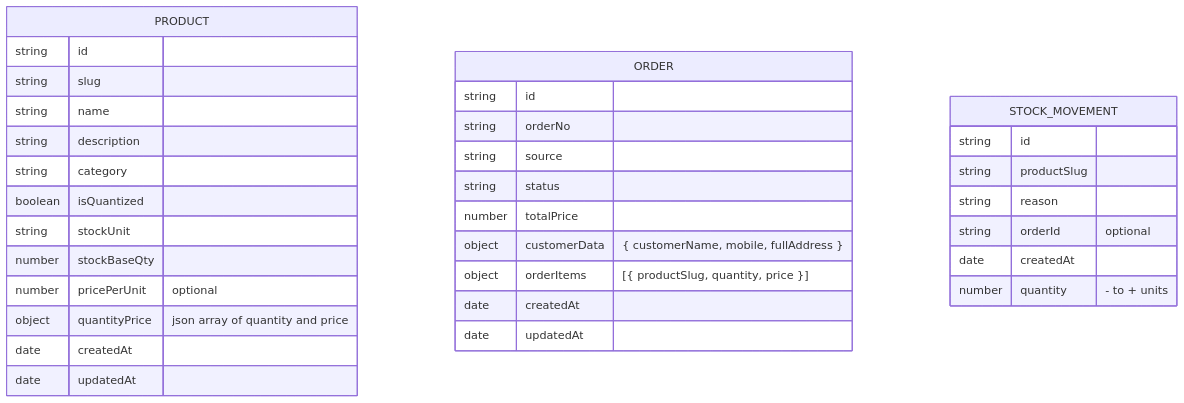
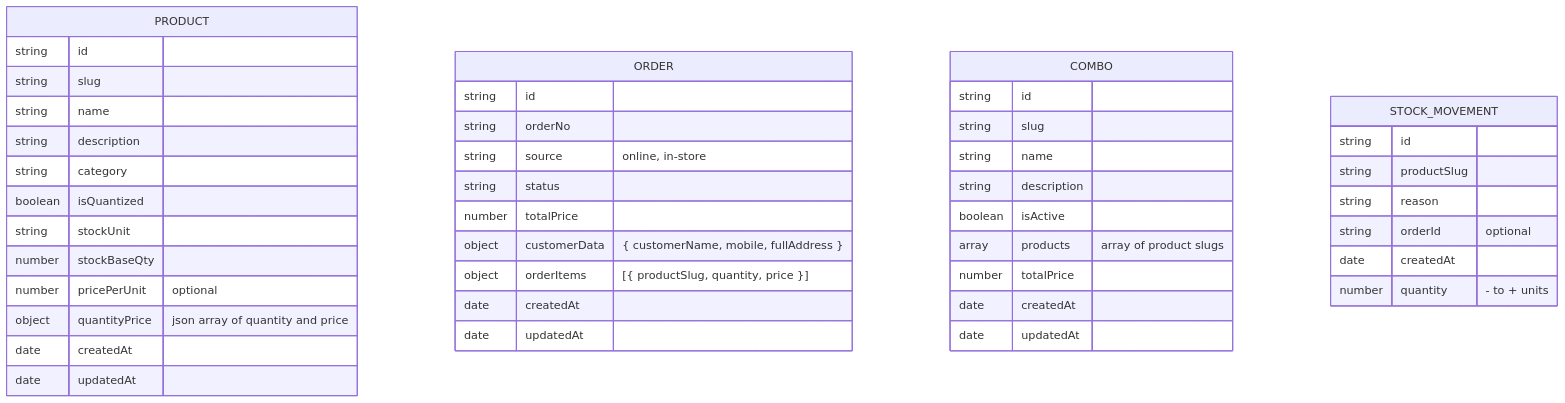
Before and after one commit to bensiqueenmart/bensiqueenmart: the diagram in packages/er_diagram.md, drawn with Mermaid. The commit also changed 3 other files, not shown here.

````diff
--- a/packages/er_diagram.md
+++ b/packages/er_diagram.md
@@ -3,38 +3,50 @@
 ```mermaid
 erDiagram
     PRODUCT {
         string id
         string slug
         string name
         string description
         string category
         boolean isQuantized
         string stockUnit
         number stockBaseQty
         number pricePerUnit "optional"
         object quantityPrice "json array of quantity and price"
         date createdAt
         date updatedAt
     }
 
     ORDER {
         string id
         string orderNo
-        string source
+        string source "online, in-store"
         string status
         number totalPrice
         object customerData "{ customerName, mobile, fullAddress }"
         object orderItems "[{ productSlug, quantity, price }]"
+        date createdAt
+        date updatedAt
+    }
+
+    COMBO {
+        string id
+        string slug
+        string name
+        string description
+        boolean isActive
+        array products "array of product slugs"
+        number totalPrice
         date createdAt
         date updatedAt
     }
 
     STOCK_MOVEMENT {
         string id
         string productSlug
         string reason
         string orderId "optional"
         date createdAt
         number quantity "- to + units"
     }
 ```
````
